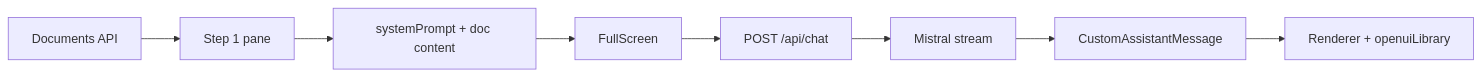
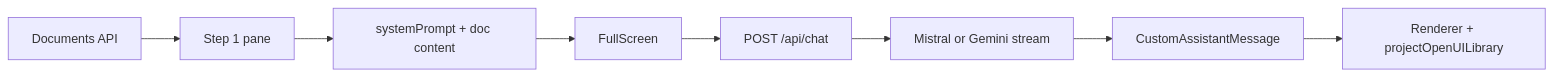
The diagram in docs/codedocs/genui-workspace.md (mdresch/adpa), drawn with Mermaid before and after one commit. The commit also changed other lines of this file and 123 other files, not shown here.

First line of the commit message:
feat(genui): layout planner, OpenUI library, and document workspace UX

````diff
--- a/docs/codedocs/genui-workspace.md
+++ b/docs/codedocs/genui-workspace.md
@@ -55,10 +56,10 @@
 ```mermaid
 flowchart LR
   DocAPI[Documents API] --> Step1[Step 1 pane]
   Step1 --> Prompt[systemPrompt + doc content]
   Prompt --> FullScreen[FullScreen]
   FullScreen --> ApiChat["POST /api/chat"]
-  ApiChat --> Mistral[Mistral stream]
-  Mistral --> Assistant[CustomAssistantMessage]
-  Assistant --> Renderer[Renderer + openuiLibrary]
+  ApiChat --> Llm[Mistral or Gemini stream]
+  Llm --> Assistant[CustomAssistantMessage]
+  Assistant --> Renderer[Renderer + projectOpenUILibrary]
 ```
````
